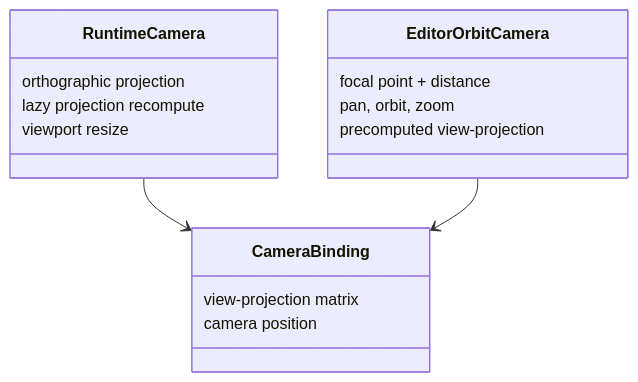
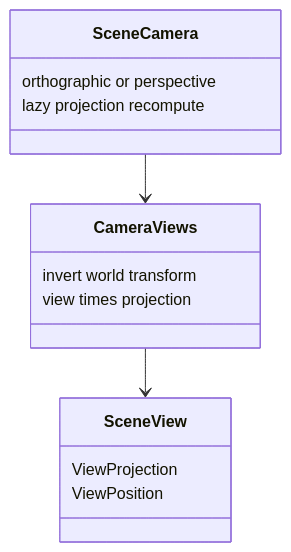
Before and after one commit to kateusz/GameEngine: the fourth of 5 diagrams in docs/architecture/rendering-pipeline.md, drawn with Mermaid. The commit also changed other lines of this file and 2 other files, not shown here.

````diff
--- a/docs/architecture/rendering-pipeline.md
+++ b/docs/architecture/rendering-pipeline.md
@@ -262,22 +270,20 @@
 ```mermaid
 classDiagram
-    class RuntimeCamera {
-        orthographic projection
+    class SceneCamera {
+        orthographic or perspective
         lazy projection recompute
-        viewport resize
     }
 
-    class EditorOrbitCamera {
-        focal point + distance
-        pan, orbit, zoom
-        precomputed view-projection
+    class CameraViews {
+        invert world transform
+        view times projection
     }
 
-    class CameraBinding {
-        view-projection matrix
-        camera position
+    class SceneView {
+        ViewProjection
+        ViewPosition
     }
 
-    RuntimeCamera --> CameraBinding
-    EditorOrbitCamera --> CameraBinding
+    SceneCamera --> CameraViews
+    CameraViews --> SceneView
 ```
````
